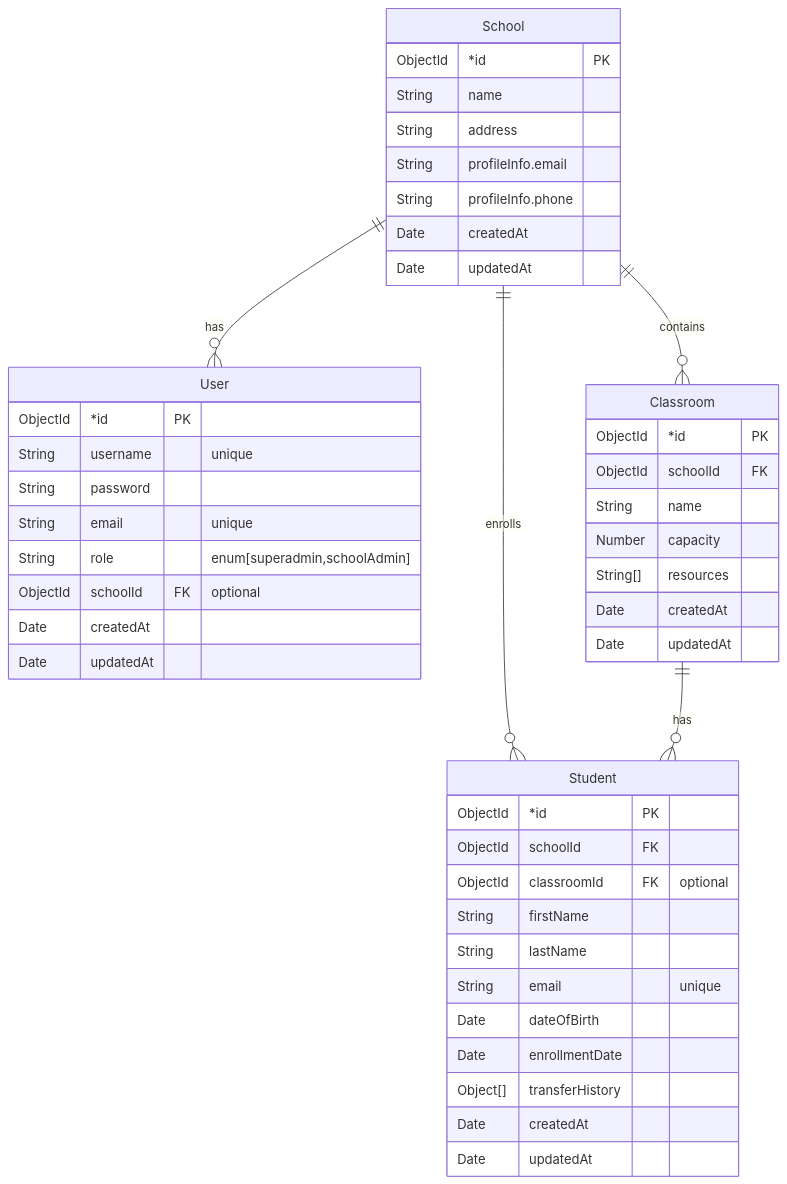
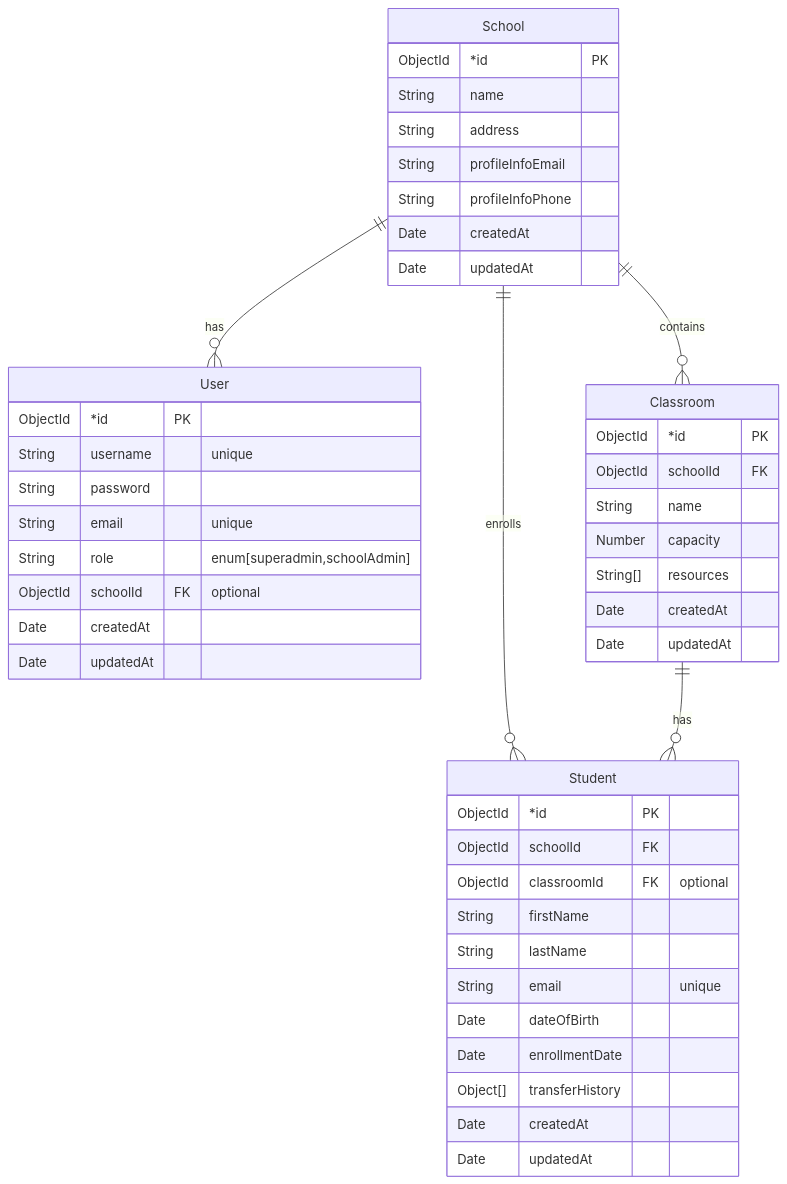
The diagram in docs/database.md (salmoor/soar), drawn with Mermaid before and after one commit.

Commit message:
Use camel case for nested resources

````diff
--- a/docs/database.md
+++ b/docs/database.md
@@ -3,52 +3,52 @@
 ```mermaid
 erDiagram
     User {
         ObjectId *id PK
         String username "unique"
         String password
         String email "unique" 
         String role "enum[superadmin,schoolAdmin]"
         ObjectId schoolId FK "optional"
         Date createdAt
         Date updatedAt
     }
     
     School {
         ObjectId *id PK
         String name
         String address
-        String profileInfo.email
-        String profileInfo.phone
+        String profileInfoEmail
+        String profileInfoPhone
         Date createdAt
         Date updatedAt
     }
     
     Classroom {
         ObjectId *id PK
         ObjectId schoolId FK
         String name
         Number capacity
         String[] resources
         Date createdAt
         Date updatedAt
     }
     
     Student {
         ObjectId *id PK
         ObjectId schoolId FK
         ObjectId classroomId FK "optional"
         String firstName
         String lastName 
         String email "unique"
         Date dateOfBirth
         Date enrollmentDate
         Object[] transferHistory
         Date createdAt
         Date updatedAt
     }
     
     School ||--o{ User : "has"
     School ||--o{ Classroom : "contains"
     School ||--o{ Student : "enrolls"
     Classroom ||--o{ Student : "has"
 ```
````
